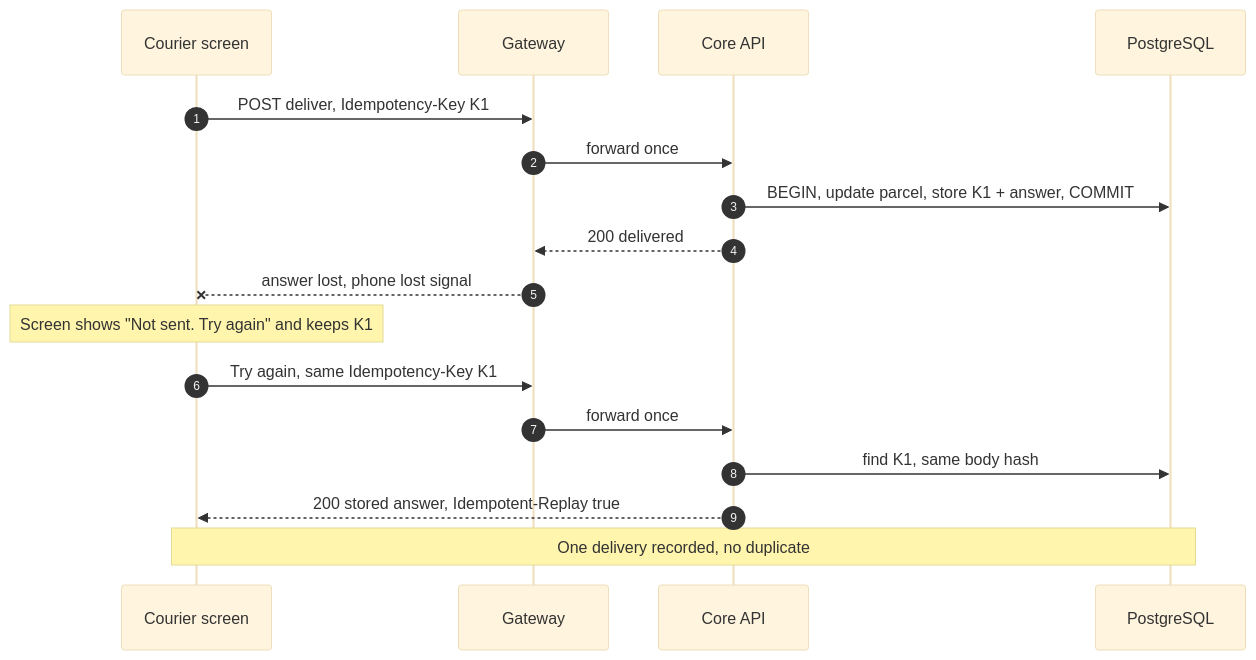
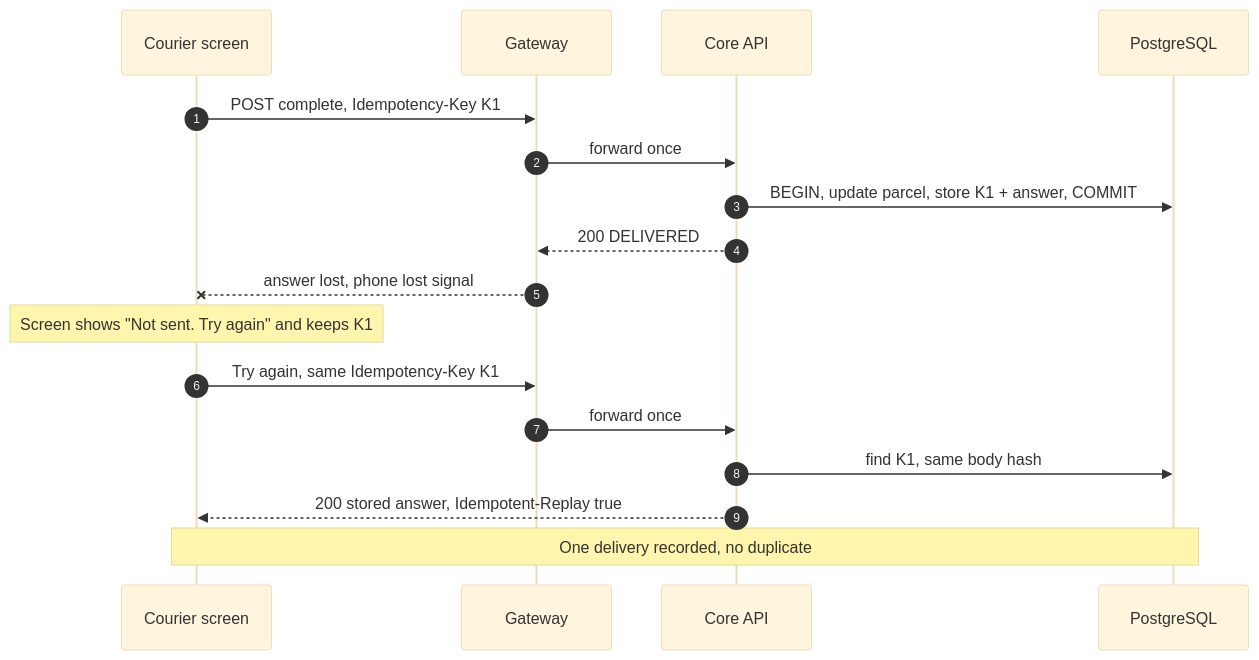
Before and after one commit to phantomTroupeEAD/SwiftDrop: the fifth of 8 diagrams in docs/drafts/member-07-dispatcher-admin-web-gateway/doc-07-security-failure-and-recovery.md, drawn with Mermaid (base theme). The commit also changed other lines of this file and 125 other files, not shown here.

````diff
--- a/docs/drafts/member-07-dispatcher-admin-web-gateway/doc-07-security-failure-and-recovery.md
+++ b/docs/drafts/member-07-dispatcher-admin-web-gateway/doc-07-security-failure-and-recovery.md
@@ -419,19 +431,19 @@
 ```mermaid
 sequenceDiagram
     autonumber
     participant C as Courier screen
     participant GW as Gateway
     participant API as Core API
     participant DB as PostgreSQL
-    C->>GW: POST deliver, Idempotency-Key K1
+    C->>GW: POST complete, Idempotency-Key K1
     GW->>API: forward once
     API->>DB: BEGIN, update parcel, store K1 + answer, COMMIT
-    API-->>GW: 200 delivered
+    API-->>GW: 200 DELIVERED
     GW--xC: answer lost, phone lost signal
     Note over C: Screen shows "Not sent. Try again" and keeps K1
     C->>GW: Try again, same Idempotency-Key K1
     GW->>API: forward once
     API->>DB: find K1, same body hash
     API-->>C: 200 stored answer, Idempotent-Replay true
     Note over C,DB: One delivery recorded, no duplicate
 ```
````
